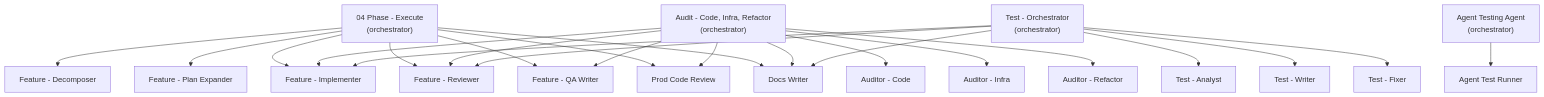
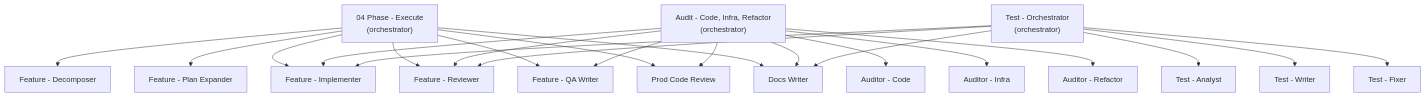
The third of 3 diagrams in docs/ARCHITECTURE.md (threnjen/thren-agentic-workflows), drawn with Mermaid before and after one commit. The commit also changed other lines of this file and 7 other files, not shown here.

````diff
--- a/docs/ARCHITECTURE.md
+++ b/docs/ARCHITECTURE.md
@@ -110,35 +111,32 @@
 ```mermaid
 flowchart TD
     PE["04 Phase - Execute\n(orchestrator)"]
     AO["Audit - Code, Infra, Refactor\n(orchestrator)"]
     TO["Test - Orchestrator\n(orchestrator)"]
-    AT["Agent Testing Agent\n(orchestrator)"]
 
     DW[Docs Writer]
 
     PE --> FD[Feature - Decomposer]
     PE --> FPE[Feature - Plan Expander]
     PE --> FI[Feature - Implementer]
     PE --> FR[Feature - Reviewer]
     PE --> FQ[Feature - QA Writer]
     PE --> PR[Prod Code Review]
     PE --> DW
 
     AO --> AC[Auditor - Code]
     AO --> AI[Auditor - Infra]
     AO --> AR[Auditor - Refactor]
     AO --> FI
     AO --> FR
     AO --> FQ
     AO --> PR
     AO --> DW
 
     TO --> TA[Test - Analyst]
     TO --> TW[Test - Writer]
     TO --> TF[Test - Fixer]
     TO --> FI
     TO --> FR
     TO --> DW
-
-    AT --> ART[Agent Test Runner]
 ```
````
